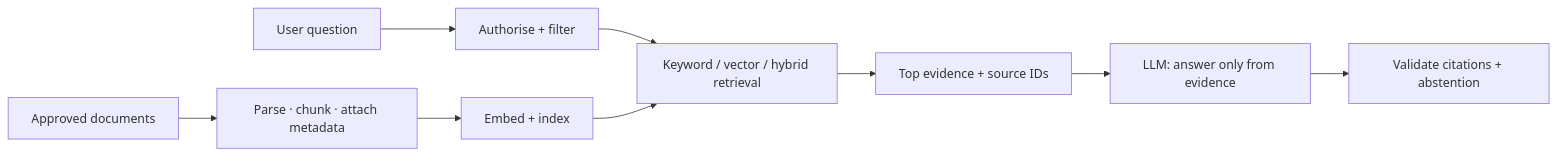
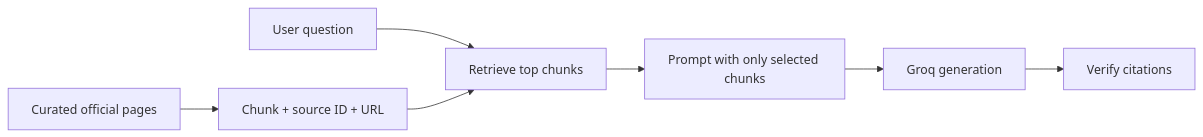
One commit to gksoriginals/lbs-full-stack-ai changed the second of 4 diagrams in markdown/05-llm-integration.md. Above: the diagram before and after it, drawn with Mermaid. The commit also changed other lines of this file and 12 other files, not shown here.

````diff
--- a/markdown/05-llm-integration.md
+++ b/markdown/05-llm-integration.md
@@ -181,11 +82,9 @@
 ```mermaid
 flowchart LR
-    D[Approved documents] --> I[Parse · chunk · attach metadata]
-    I --> E[Embed + index]
-    Q[User question] --> F[Authorise + filter]
-    F --> R[Keyword / vector / hybrid retrieval]
-    E --> R
-    R --> K[Top evidence + source IDs]
-    K --> L[LLM: answer only from evidence]
-    L --> V[Validate citations + abstention]
+  D[Curated official pages] --> C[Chunk + source ID + URL]
+  Q[User question] --> S[Retrieve top chunks]
+  C --> S
+  S --> P[Prompt with only selected chunks]
+  P --> M[Groq generation]
+  M --> V[Verify citations]
 ```
````
